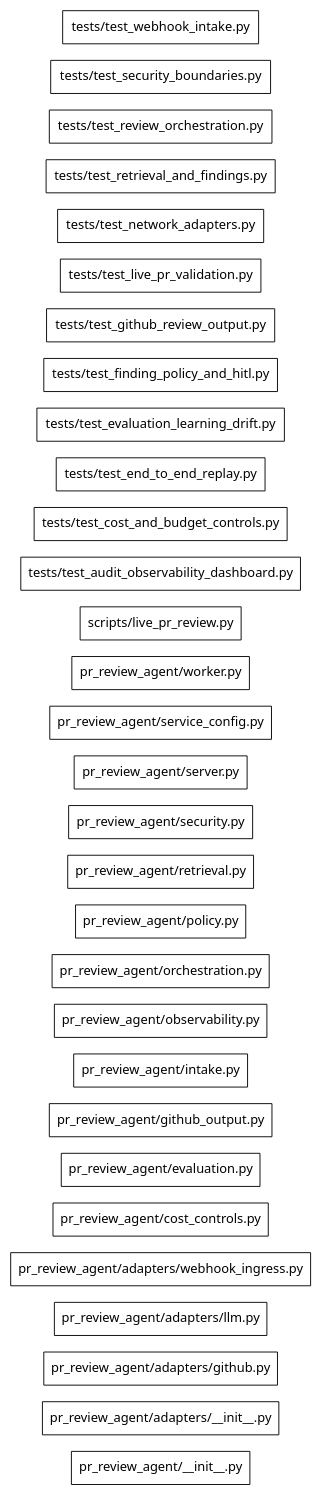
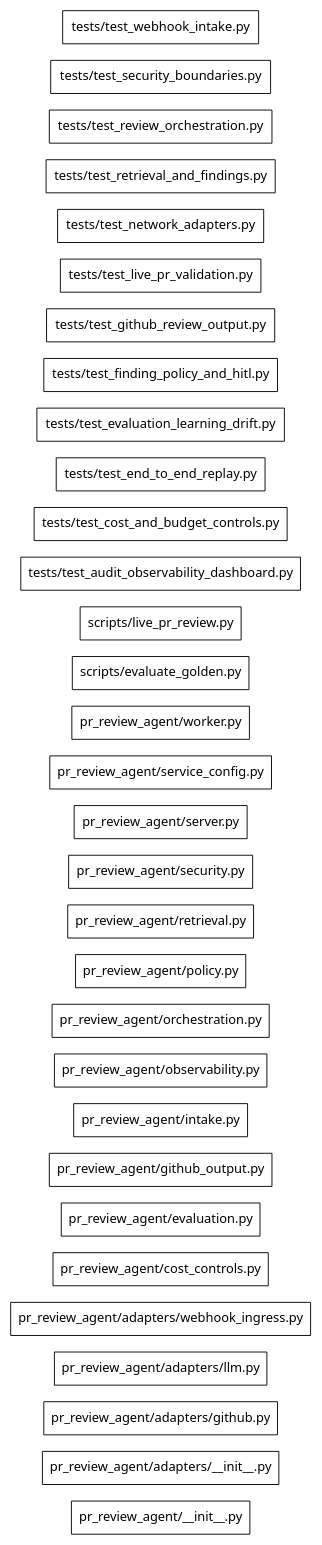
Before and after one commit to Ayush-Kant/PR-Review-Agent: the diagram in .genesis/index/graph.dot, drawn with Graphviz. The commit also changed 17 other files, not shown here.

```diff
--- a/.genesis/index/graph.dot
+++ b/.genesis/index/graph.dot
@@ -1,35 +1,36 @@
 digraph genesis {
   rankdir=LR;
   node [shape=box,fontname="system-ui"];
   "file:pr_review_agent/__init__.py" [label="pr_review_agent/__init__.py",class="file"];
   "file:pr_review_agent/adapters/__init__.py" [label="pr_review_agent/adapters/__init__.py",class="file"];
   "file:pr_review_agent/adapters/github.py" [label="pr_review_agent/adapters/github.py",class="file"];
   "file:pr_review_agent/adapters/llm.py" [label="pr_review_agent/adapters/llm.py",class="file"];
   "file:pr_review_agent/adapters/webhook_ingress.py" [label="pr_review_agent/adapters/webhook_ingress.py",class="file"];
   "file:pr_review_agent/cost_controls.py" [label="pr_review_agent/cost_controls.py",class="file"];
   "file:pr_review_agent/evaluation.py" [label="pr_review_agent/evaluation.py",class="file"];
   "file:pr_review_agent/github_output.py" [label="pr_review_agent/github_output.py",class="file"];
   "file:pr_review_agent/intake.py" [label="pr_review_agent/intake.py",class="file"];
   "file:pr_review_agent/observability.py" [label="pr_review_agent/observability.py",class="file"];
   "file:pr_review_agent/orchestration.py" [label="pr_review_agent/orchestration.py",class="file"];
   "file:pr_review_agent/policy.py" [label="pr_review_agent/policy.py",class="file"];
   "file:pr_review_agent/retrieval.py" [label="pr_review_agent/retrieval.py",class="file"];
   "file:pr_review_agent/security.py" [label="pr_review_agent/security.py",class="file"];
   "file:pr_review_agent/server.py" [label="pr_review_agent/server.py",class="file"];
   "file:pr_review_agent/service_config.py" [label="pr_review_agent/service_config.py",class="file"];
   "file:pr_review_agent/worker.py" [label="pr_review_agent/worker.py",class="file"];
+  "file:scripts/evaluate_golden.py" [label="scripts/evaluate_golden.py",class="file"];
   "file:scripts/live_pr_review.py" [label="scripts/live_pr_review.py",class="file"];
   "file:tests/test_audit_observability_dashboard.py" [label="tests/test_audit_observability_dashboard.py",class="file"];
   "file:tests/test_cost_and_budget_controls.py" [label="tests/test_cost_and_budget_controls.py",class="file"];
   "file:tests/test_end_to_end_replay.py" [label="tests/test_end_to_end_replay.py",class="file"];
   "file:tests/test_evaluation_learning_drift.py" [label="tests/test_evaluation_learning_drift.py",class="file"];
   "file:tests/test_finding_policy_and_hitl.py" [label="tests/test_finding_policy_and_hitl.py",class="file"];
   "file:tests/test_github_review_output.py" [label="tests/test_github_review_output.py",class="file"];
   "file:tests/test_live_pr_validation.py" [label="tests/test_live_pr_validation.py",class="file"];
   "file:tests/test_network_adapters.py" [label="tests/test_network_adapters.py",class="file"];
   "file:tests/test_retrieval_and_findings.py" [label="tests/test_retrieval_and_findings.py",class="file"];
   "file:tests/test_review_orchestration.py" [label="tests/test_review_orchestration.py",class="file"];
   "file:tests/test_security_boundaries.py" [label="tests/test_security_boundaries.py",class="file"];
   "file:tests/test_webhook_intake.py" [label="tests/test_webhook_intake.py",class="file"];
 
 }
```
